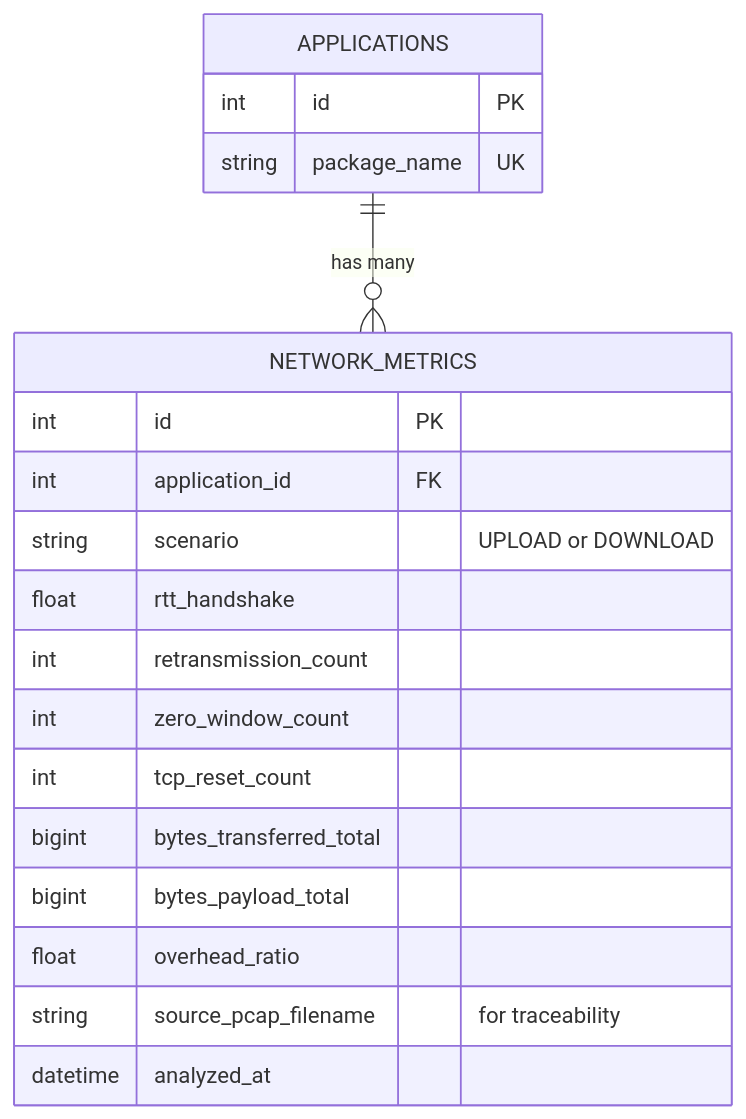
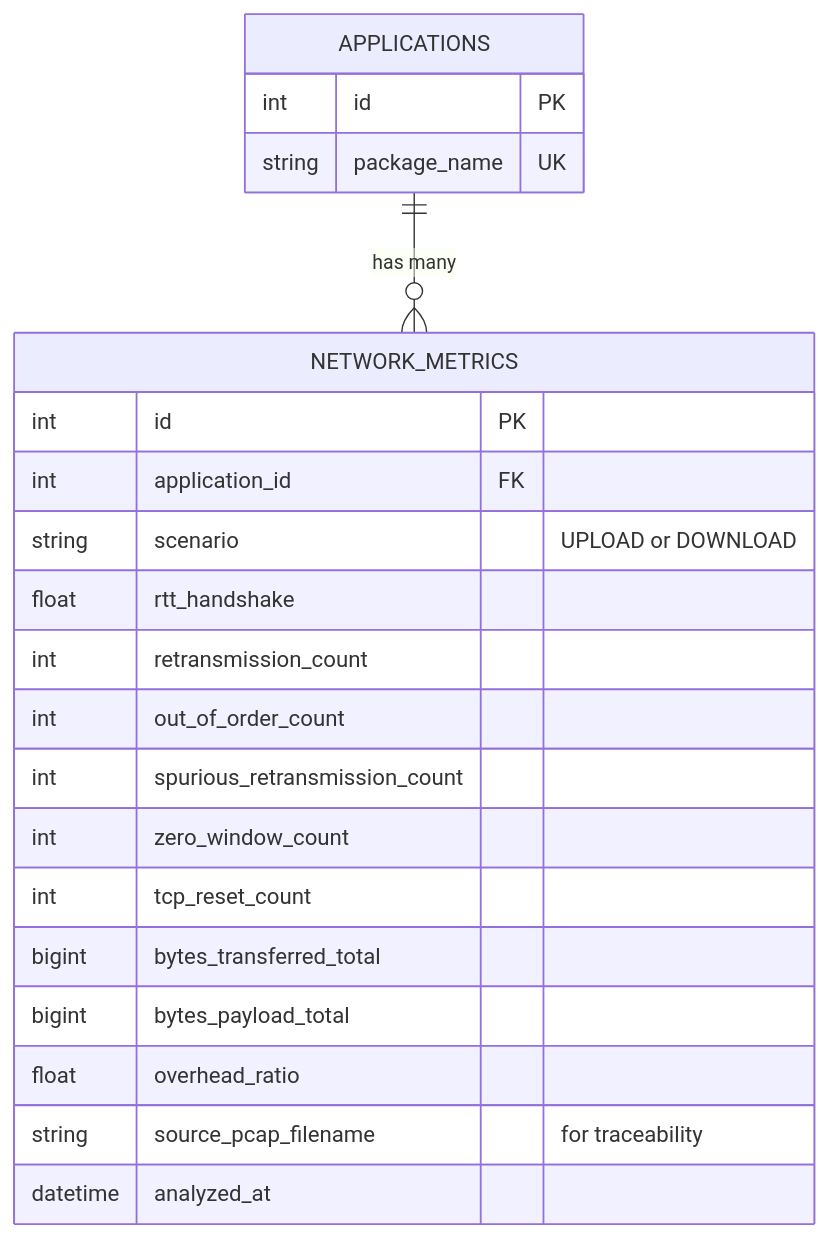
Before and after one commit to PayamDivsalar/PlayPulse: the fourth of 4 diagrams in docs/raw_md/database_schema.md, drawn with Mermaid. The commit also changed other lines of this file and 12 other files, not shown here.

First line of the commit message:
feat(network_analyzer): distinguish retransmissions from out-of-order and spurious

````diff
--- a/docs/raw_md/database_schema.md
+++ b/docs/raw_md/database_schema.md
@@ -491,22 +491,24 @@
 ```mermaid
 erDiagram
     APPLICATIONS ||--o{ NETWORK_METRICS : "has many"
     APPLICATIONS {
         int id PK
         string package_name UK
     }
     NETWORK_METRICS {
         int id PK
         int application_id FK
         string scenario "UPLOAD or DOWNLOAD"
         float rtt_handshake
         int retransmission_count
+        int out_of_order_count
+        int spurious_retransmission_count
         int zero_window_count
         int tcp_reset_count
         bigint bytes_transferred_total
         bigint bytes_payload_total
         float overhead_ratio
         string source_pcap_filename "for traceability"
         datetime analyzed_at
     }
 ```
````
